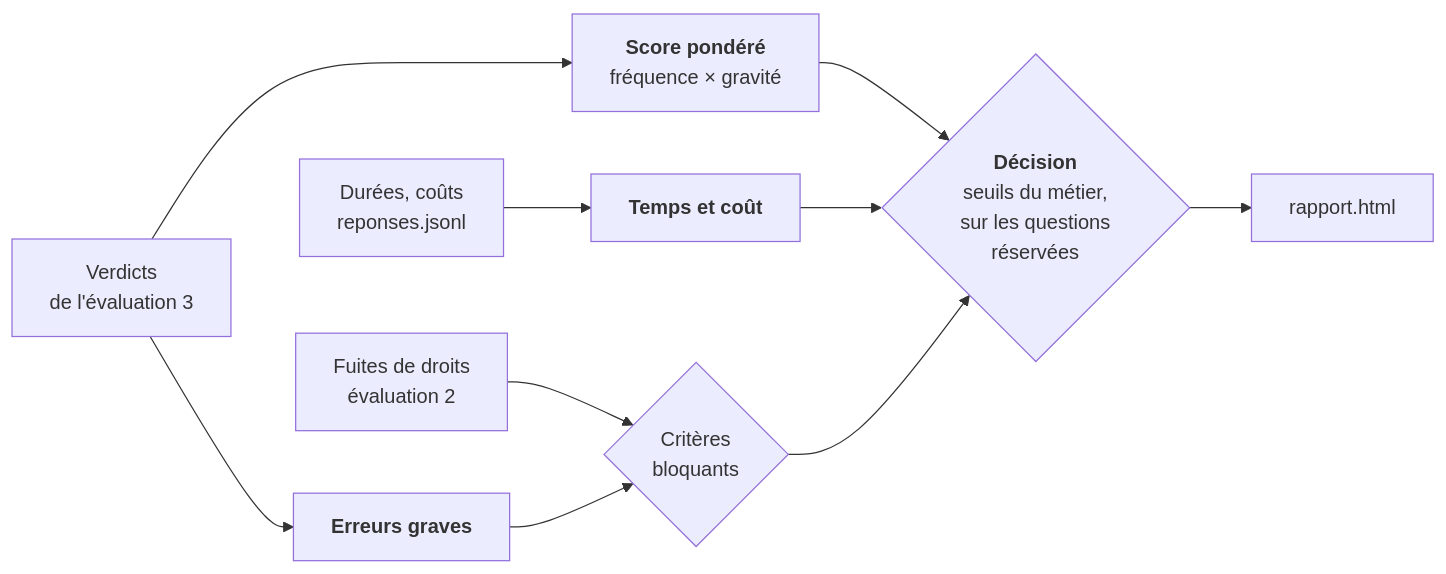
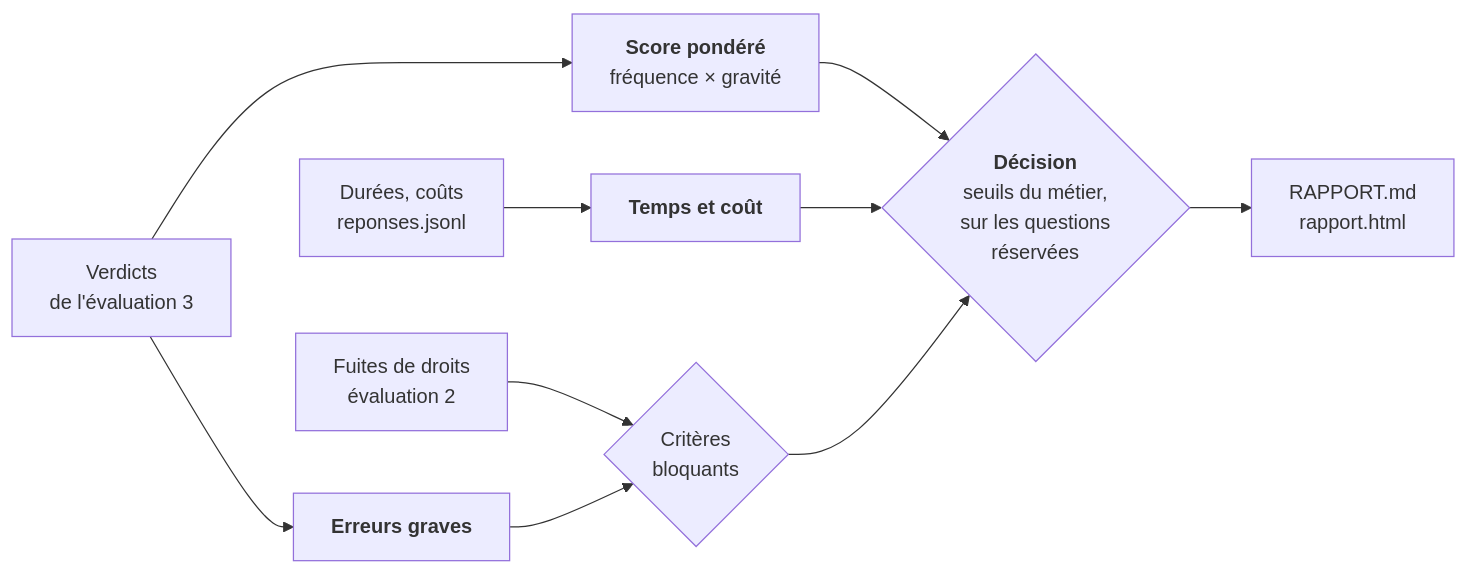
Before and after one commit to floSa/RAG-Evaluation: the diagram in service-evaluation/documentation/4_evaluation_bout_en_bout.md, drawn with Mermaid. The commit also changed other lines of this file, not shown here.

````diff
--- a/service-evaluation/documentation/4_evaluation_bout_en_bout.md
+++ b/service-evaluation/documentation/4_evaluation_bout_en_bout.md
@@ -7,12 +27,12 @@
 ```mermaid
 flowchart LR
     N3["Verdicts<br/>de l'évaluation 3"] --> P["<b>Score pondéré</b><br/>fréquence × gravité"]
     R["Durées, coûts<br/>reponses.jsonl"] --> T["<b>Temps et coût</b>"]
     N3 --> G["<b>Erreurs graves</b>"]
     F["Fuites de droits<br/>évaluation 2"] --> B{"Critères<br/>bloquants"}
     G --> B
     P --> D{"<b>Décision</b><br/>seuils du métier,<br/>sur les questions<br/>réservées"}
     T --> D
     B --> D
-    D --> H["rapport.html"]
+    D --> H["RAPPORT.md<br/>rapport.html"]
 ```
````
